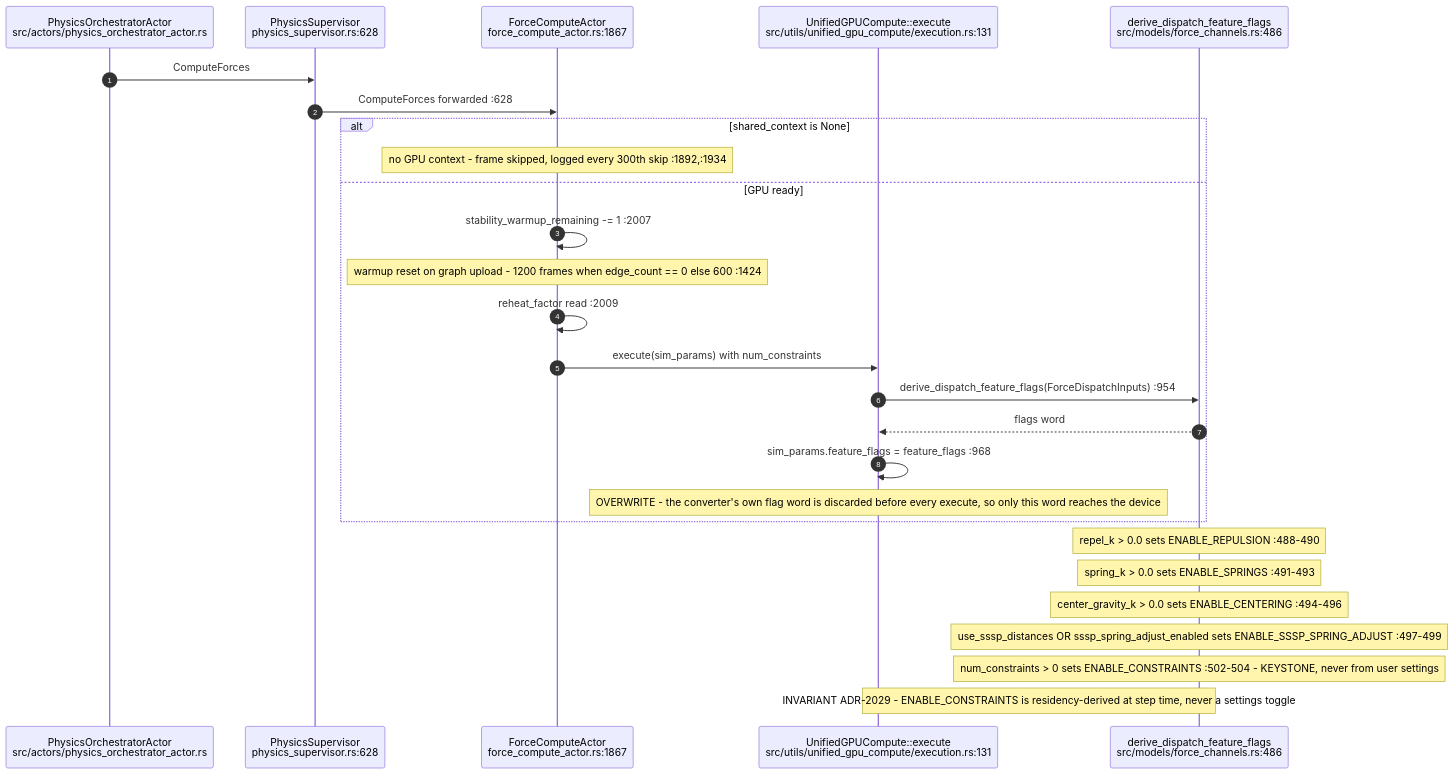
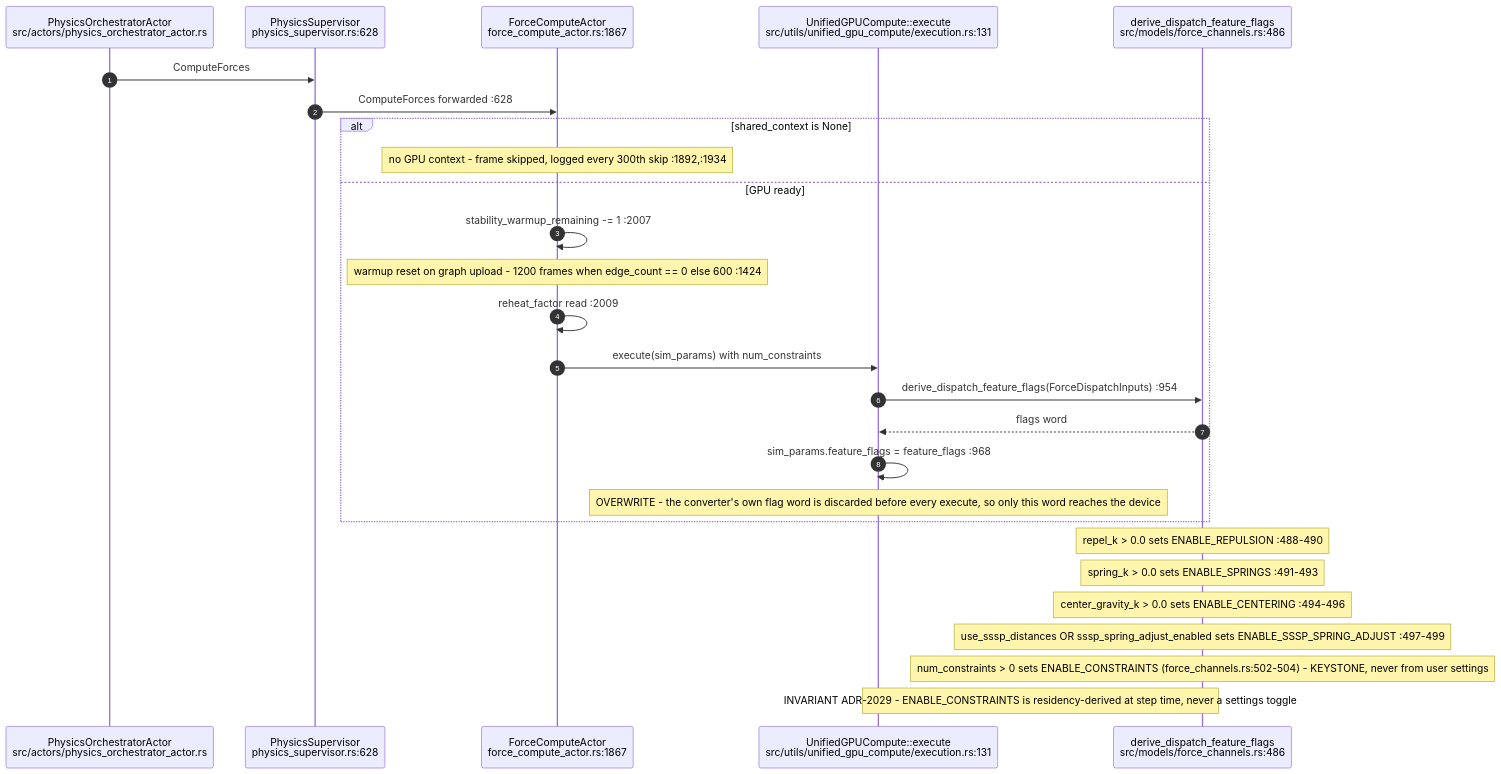
Before and after one commit to DreamLab-AI/VisionFlow: the first of 9 diagrams in docs/diagrams/visionclaw/11-physics-step-and-force-channels.md, drawn with Mermaid. The commit also changed other lines of this file and 52 other files, not shown here.

First line of the commit message:
docs(diagrams): wave 3 checkpoint — bare line refs resolved, revision-pinned cite-check, VC-05/AB-01..13 re-attested

````diff
--- a/docs/diagrams/visionclaw/11-physics-step-and-force-channels.md
+++ b/docs/diagrams/visionclaw/11-physics-step-and-force-channels.md
@@ -30,30 +30,30 @@
 ```mermaid
 sequenceDiagram
     autonumber
     participant PO as PhysicsOrchestratorActor<br/>src/actors/physics_orchestrator_actor.rs
     participant PS as PhysicsSupervisor<br/>physics_supervisor.rs:628
     participant FCA as ForceComputeActor<br/>force_compute_actor.rs:1867
     participant EX as UnifiedGPUCompute::execute<br/>src/utils/unified_gpu_compute/execution.rs:131
     participant FC as derive_dispatch_feature_flags<br/>src/models/force_channels.rs:486
 
     PO->>PS: ComputeForces
     PS->>FCA: ComputeForces forwarded :628
     alt shared_context is None
         Note over FCA: no GPU context - frame skipped, logged every 300th skip :1892,:1934
     else GPU ready
         FCA->>FCA: stability_warmup_remaining -= 1 :2007
         Note over FCA: warmup reset on graph upload - 1200 frames when edge_count == 0 else 600 :1424
         FCA->>FCA: reheat_factor read :2009
         FCA->>EX: execute(sim_params) with num_constraints
         EX->>FC: derive_dispatch_feature_flags(ForceDispatchInputs) :954
         FC-->>EX: flags word
         EX->>EX: sim_params.feature_flags = feature_flags :968
         Note over EX: OVERWRITE - the converter's own flag word is discarded before every execute, so only this word reaches the device
     end
     Note over FC: repel_k > 0.0 sets ENABLE_REPULSION :488-490
     Note over FC: spring_k > 0.0 sets ENABLE_SPRINGS :491-493
     Note over FC: center_gravity_k > 0.0 sets ENABLE_CENTERING :494-496
     Note over FC: use_sssp_distances OR sssp_spring_adjust_enabled sets ENABLE_SSSP_SPRING_ADJUST :497-499
-    Note over FC: num_constraints > 0 sets ENABLE_CONSTRAINTS :502-504 - KEYSTONE, never from user settings
+    Note over FC: num_constraints > 0 sets ENABLE_CONSTRAINTS (force_channels.rs:502-504) - KEYSTONE, never from user settings
     Note over EX,FC: INVARIANT ADR-2029 - ENABLE_CONSTRAINTS is residency-derived at step time, never a settings toggle
 ```
````
